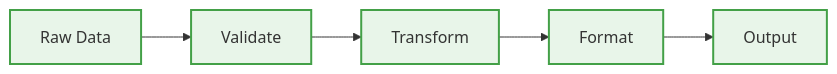
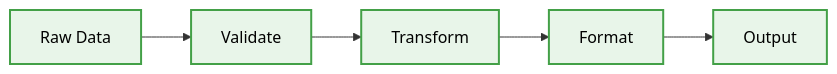
Before and after one commit to aitoroses/floxide: the third of 9 diagrams in README.md, drawn with Mermaid. The commit also changed other lines of this file, not shown here.

First line of the commit message:
🦀 Improve Mermaid Diagram Readability in README

````diff
--- a/README.md
+++ b/README.md
@@ -155,9 +155,9 @@
 ```mermaid
 graph LR
     A["Raw Data"] --> B["Validate"] --> C["Transform"] --> D["Format"] --> E["Output"]
-    style A fill:#e8f5e9,stroke:#43a047,stroke-width:2px
-    style B fill:#e8f5e9,stroke:#43a047,stroke-width:2px
-    style C fill:#e8f5e9,stroke:#43a047,stroke-width:2px
-    style D fill:#e8f5e9,stroke:#43a047,stroke-width:2px
-    style E fill:#e8f5e9,stroke:#43a047,stroke-width:2px
+    style A fill:#e8f5e9,stroke:#43a047,stroke-width:2px,color:black
+    style B fill:#e8f5e9,stroke:#43a047,stroke-width:2px,color:black
+    style C fill:#e8f5e9,stroke:#43a047,stroke-width:2px,color:black
+    style D fill:#e8f5e9,stroke:#43a047,stroke-width:2px,color:black
+    style E fill:#e8f5e9,stroke:#43a047,stroke-width:2px,color:black
 ```
````
